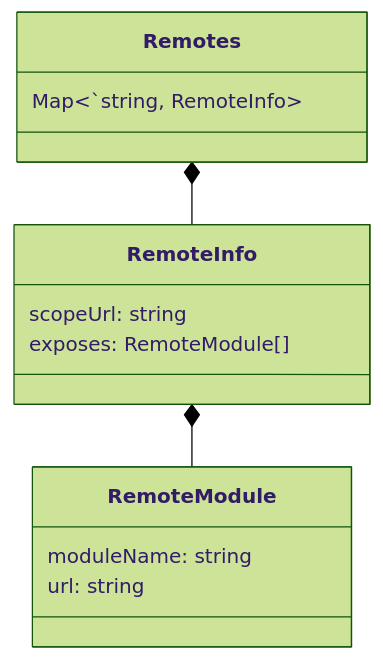
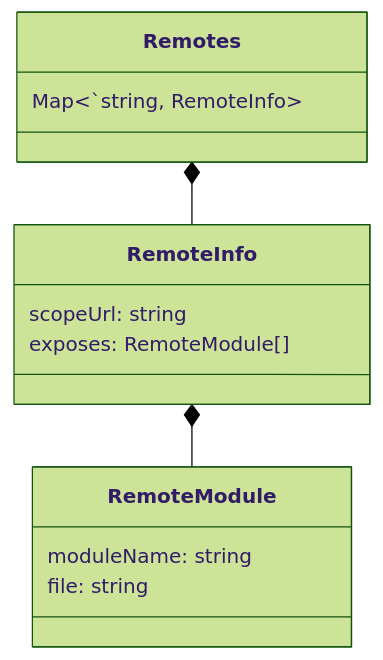
The third of 4 diagrams in docs/domain.md (topicusonderwijs/vanilla-native-federation), drawn with Mermaid (forest theme) before and after one commit. The commit also changed other lines of this file and 16 other files, not shown here.

````diff
--- a/docs/domain.md
+++ b/docs/domain.md
@@ -123,20 +123,20 @@
 ```mermaid
 classDiagram
     Remotes *-- RemoteInfo
     RemoteInfo *-- RemoteModule
 
     class Remotes {
         Map<`string, RemoteInfo>
     } 
     
     class RemoteInfo {
         scopeUrl: string
         exposes: RemoteModule[] 
     }
     
     class RemoteModule{
         moduleName: string
-        url: string
+        file: string
     }
 
 ```
````
